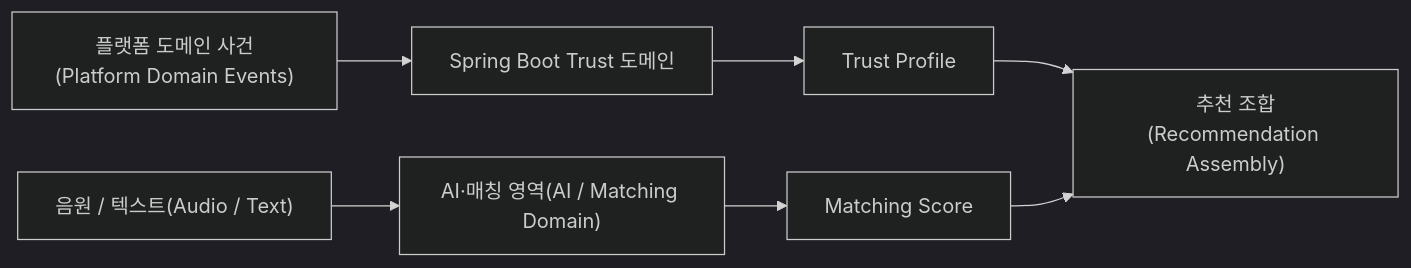
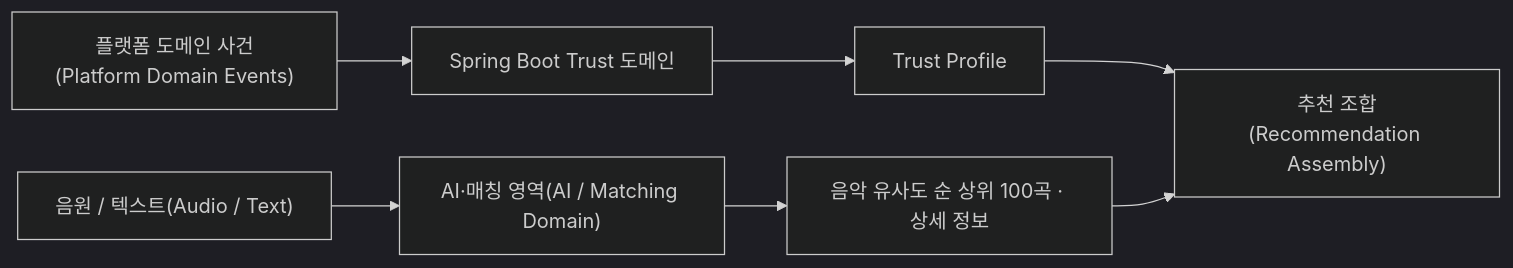
One commit to nsuCapstoneTeam/NSU_CAPSTONE changed the fourth of 4 diagrams in docs/adr/artist_trust_architecture/06_database_and_implementation_roadmap.md. Above: the diagram before and after it, drawn with Mermaid (dark theme). The commit also changed other lines of this file and 13 other files, not shown here.

````diff
--- a/docs/adr/artist_trust_architecture/06_database_and_implementation_roadmap.md
+++ b/docs/adr/artist_trust_architecture/06_database_and_implementation_roadmap.md
@@ -551,13 +581,13 @@
 ```mermaid
 flowchart LR
     Platform["플랫폼 도메인 사건(Platform Domain Events)"]
     Platform --> Spring["Spring Boot Trust 도메인"]
     Spring --> Trust["Trust Profile"]
 
     Audio["음원 / 텍스트(Audio / Text)"]
     Audio --> AI["AI·매칭 영역(AI / Matching Domain)"]
-    AI --> Fit["Matching Score"]
+    AI --> Ranked["음악 유사도 순 상위 100곡 · 상세 정보"]
 
     Trust --> Recommendation["추천 조합(Recommendation Assembly)"]
-    Fit --> Recommendation
+    Ranked --> Recommendation
 ```
````
